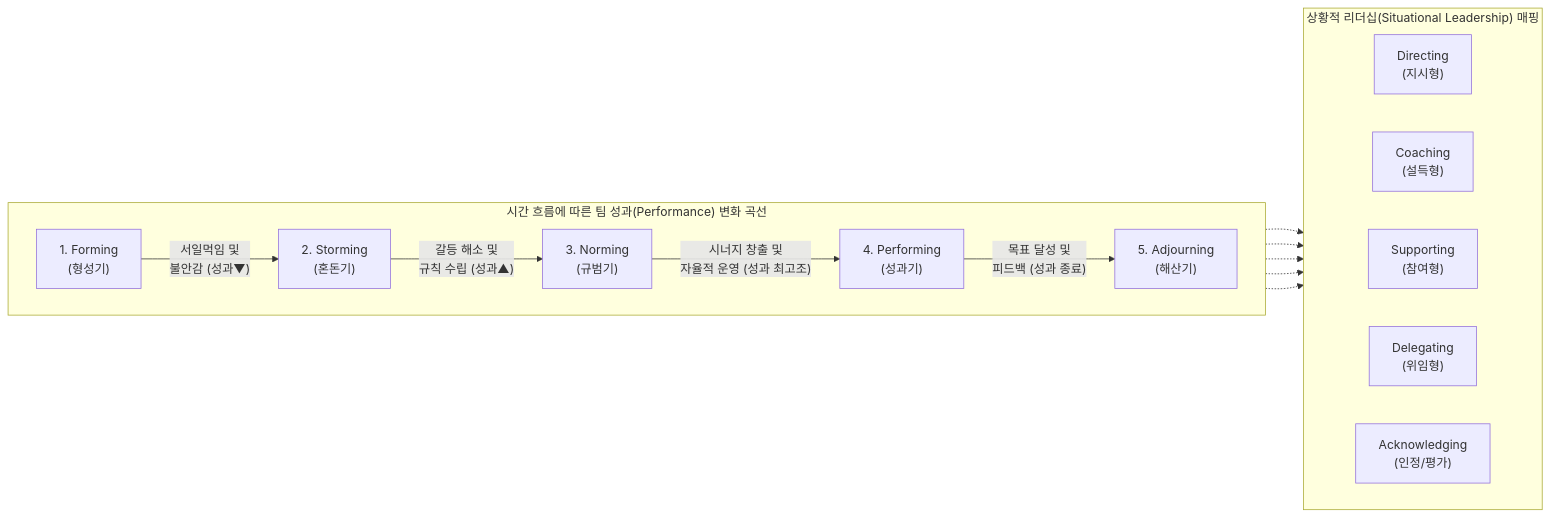
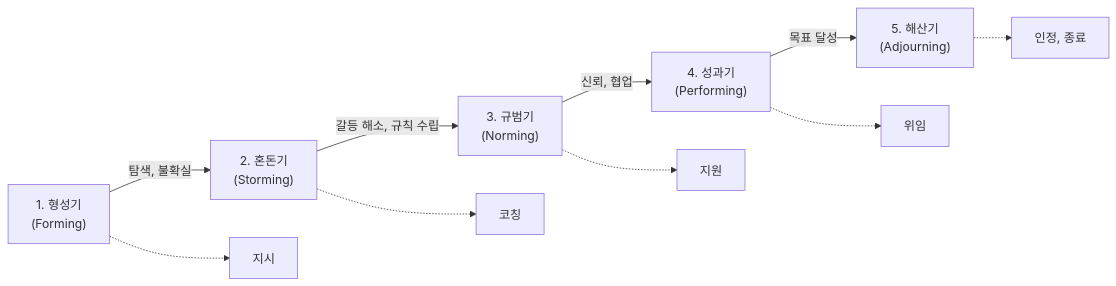
Before and after one commit to supremethumb/supremethumb.github.io: the diagram in content/01_IT Tech/터크만 팀 개발 5단계.md, drawn with Mermaid. The commit also changed other lines of this file and 1087 other files, not shown here.

````diff
--- a/content/01_IT Tech/터크만 팀 개발 5단계.md
+++ b/content/01_IT Tech/터크만 팀 개발 5단계.md
@@ -23,33 +35,12 @@
 ```mermaid
 flowchart LR
-    subgraph Team_Performance_Curve["시간 흐름에 따른 팀 성과(Performance) 변화 곡선"]
-        direction LR
-        
-        F["1. Forming<br/>(형성기)"]
-        S["2. Storming<br/>(혼돈기)"]
-        N["3. Norming<br/>(규범기)"]
-        P["4. Performing<br/>(성과기)"]
-        A["5. Adjourning<br/>(해산기)"]
-        
-        F -- "서일먹임 및<br/>불안감 (성과▼)" --> S
-        S -- "갈등 해소 및<br/>규칙 수립 (성과▲)" --> N
-        N -- "시너지 창출 및<br/>자율적 운영 (성과 최고조)" --> P
-        P -- "목표 달성 및<br/>피드백 (성과 종료)" --> A
-    end
-
-    subgraph Leadership_Style["상황적 리더십(Situational Leadership) 매핑"]
-        direction LR
-        L1["Directing<br/>(지시형)"]
-        L2["Coaching<br/>(설득형)"]
-        L3["Supporting<br/>(참여형)"]
-        L4["Delegating<br/>(위임형)"]
-        L5["Acknowledging<br/>(인정/평가)"]
-    end
-    
-    F -.-> L1
-    S -.-> L2
-    N -.-> L3
-    P -.-> L4
-    A -.-> L5
-
+    F["1. 형성기<br/>(Forming)"] -->|"탐색, 불확실"| S["2. 혼돈기<br/>(Storming)"]
+    S -->|"갈등 해소, 규칙 수립"| N["3. 규범기<br/>(Norming)"]
+    N -->|"신뢰, 협업"| P["4. 성과기<br/>(Performing)"]
+    P -->|"목표 달성"| A["5. 해산기<br/>(Adjourning)"]
+    F -.-> L1["지시"]
+    S -.-> L2["코칭"]
+    N -.-> L3["지원"]
+    P -.-> L4["위임"]
+    A -.-> L5["인정, 종료"]
 ```
````
